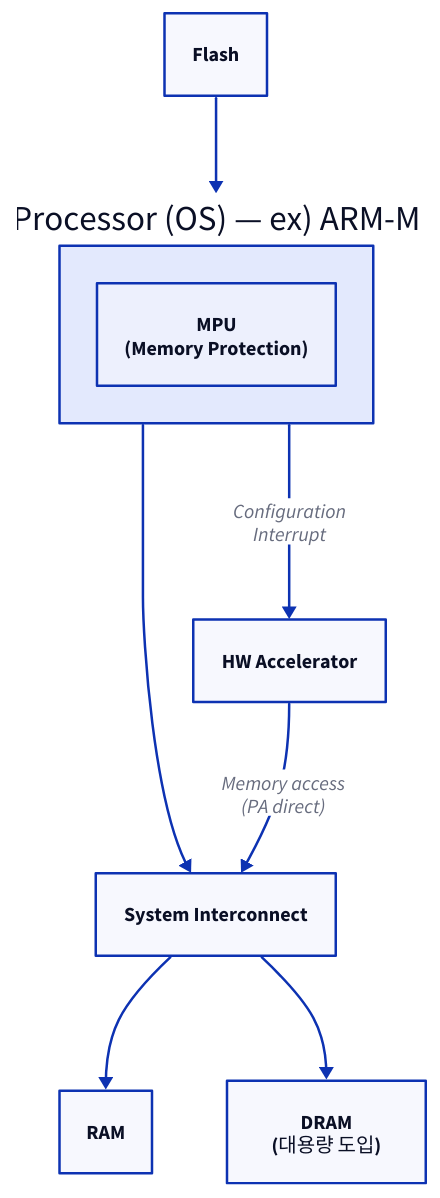
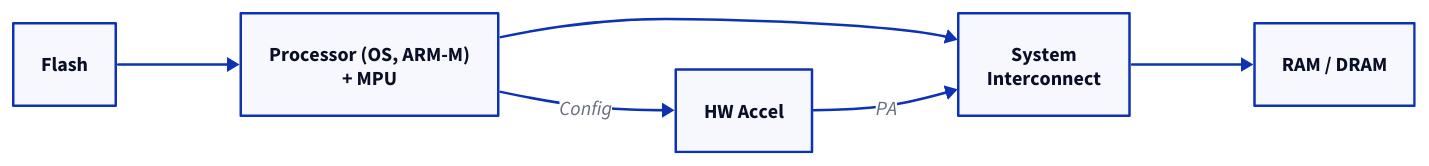
One commit to humbleowl39/DV_SKOOL changed the eighth of 17 diagrams in topics/virtualization/docs/01a_system_architecture_evolution.md. Above: the diagram before and after it, drawn with D2. The commit also changed other lines of this file and 90 other files, not shown here.

First line of the commit message:
docs: 전 토픽 다이어그램 정비 — ASCII→D2, mermaid→D2, 과대 D2 가시성 수정

````diff
--- a/topics/virtualization/docs/01a_system_architecture_evolution.md
+++ b/topics/virtualization/docs/01a_system_architecture_evolution.md
@@ -314,18 +309,14 @@
 ```d2
-direction: down
+direction: right
 
 FLASH: "Flash"
-PROC: "Processor (OS) — ex) ARM-M" {
-  MPU: "MPU\n(Memory Protection)"
-}
-ACC: "HW Accelerator"
-SI: "System Interconnect"
-RAM: "RAM"
-DRAM: "DRAM\n(대용량 도입)"
+PROC: "Processor (OS, ARM-M)\n+ MPU"
+ACC: "HW Accel"
+SI: "System\nInterconnect"
+MEM: "RAM / DRAM"
 FLASH -> PROC
-PROC -> ACC: "Configuration\nInterrupt"
+PROC -> ACC: "Config"
 PROC -> SI
-ACC -> SI: "Memory access\n(PA direct)"
-SI -> RAM
-SI -> DRAM
+ACC -> SI: "PA"
+SI -> MEM
 ```
````
